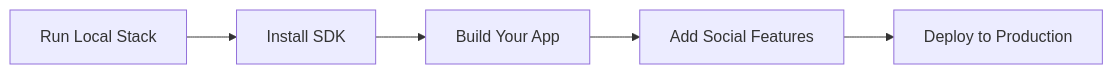
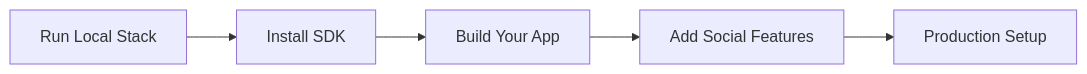
One commit to pubky/pubky-knowledge-base-v2 changed the diagram in src/content/docs/explore/pubkycore/getting-started.md. Above: the diagram before and after it, drawn with Mermaid. The commit also changed other lines of this file, not shown here.

Commit message:
docs: refine production setup guidance

````diff
--- a/src/content/docs/explore/pubkycore/getting-started.md
+++ b/src/content/docs/explore/pubkycore/getting-started.md
@@ -5,7 +5,7 @@
 ```mermaid
 flowchart LR
     Stack[Run Local Stack] --> SDK[Install SDK]
     SDK --> App[Build Your App]
     App --> Features[Add Social Features]
-    Features --> Deploy[Deploy to Production]
+    Features --> Production[Production Setup]
 ```
````
